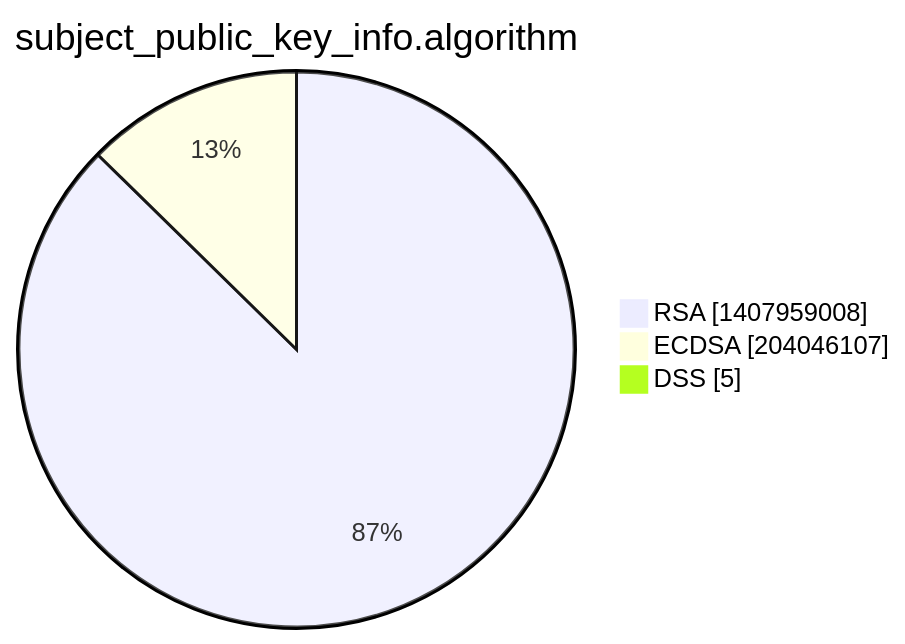
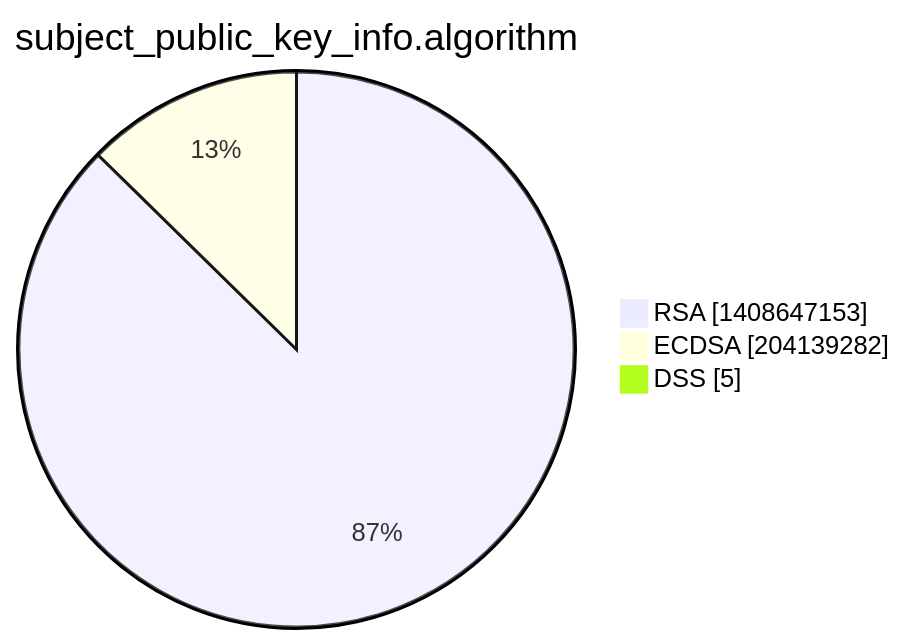
Before and after one commit to christiankrug/ctmonitor_visualization: the third of 15 diagrams in xenon2022/README.md, drawn with Mermaid. The commit also changed other lines of this file, not shown here.

````diff
--- a/xenon2022/README.md
+++ b/xenon2022/README.md
@@ -14,7 +14,7 @@
 ```mermaid
 pie showData
 title subject_public_key_info.algorithm
-"RSA" :1407959008
-"ECDSA" :204046107
+"RSA" :1408647153
+"ECDSA" :204139282
 "DSS" :5
 ```
````
